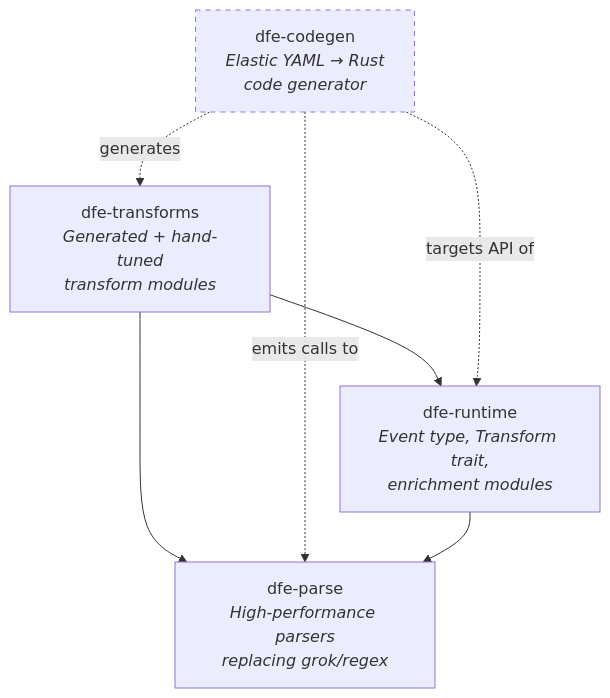
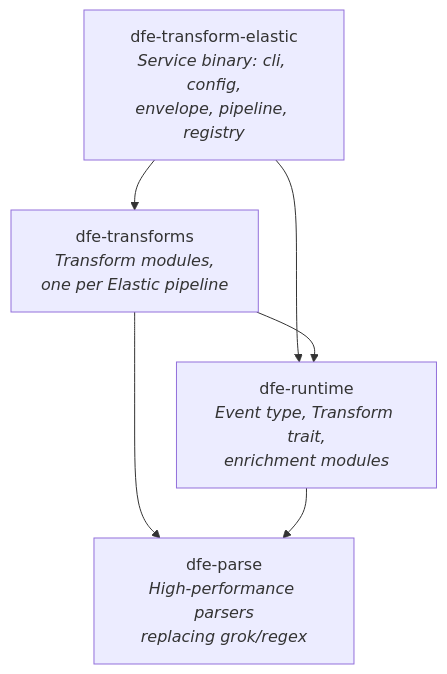
Before and after one commit to hyperi-io/dfe-transform-elastic: the second of 8 diagrams in docs/DESIGN.md, drawn with Mermaid. The commit also changed other lines of this file and 2 other files, not shown here.

````diff
--- a/docs/DESIGN.md
+++ b/docs/DESIGN.md
@@ -165,16 +118,13 @@
 ```mermaid
 flowchart TD
-    transforms[dfe-transforms<br/><i>Generated + hand-tuned<br/>transform modules</i>]
+    service[dfe-transform-elastic<br/><i>Service binary: cli, config,<br/>envelope, pipeline, registry</i>]
+    transforms[dfe-transforms<br/><i>Transform modules,<br/>one per Elastic pipeline</i>]
     runtime[dfe-runtime<br/><i>Event type, Transform trait,<br/>enrichment modules</i>]
     parse[dfe-parse<br/><i>High-performance parsers<br/>replacing grok/regex</i>]
-    codegen[dfe-codegen<br/><i>Elastic YAML → Rust<br/>code generator</i>]
 
+    service --> transforms
+    service --> runtime
     transforms --> runtime
     transforms --> parse
-    codegen -.->|generates| transforms
-    codegen -.->|targets API of| runtime
-    codegen -.->|emits calls to| parse
     runtime --> parse
-
-    style codegen stroke-dasharray: 5 5
 ```
````
